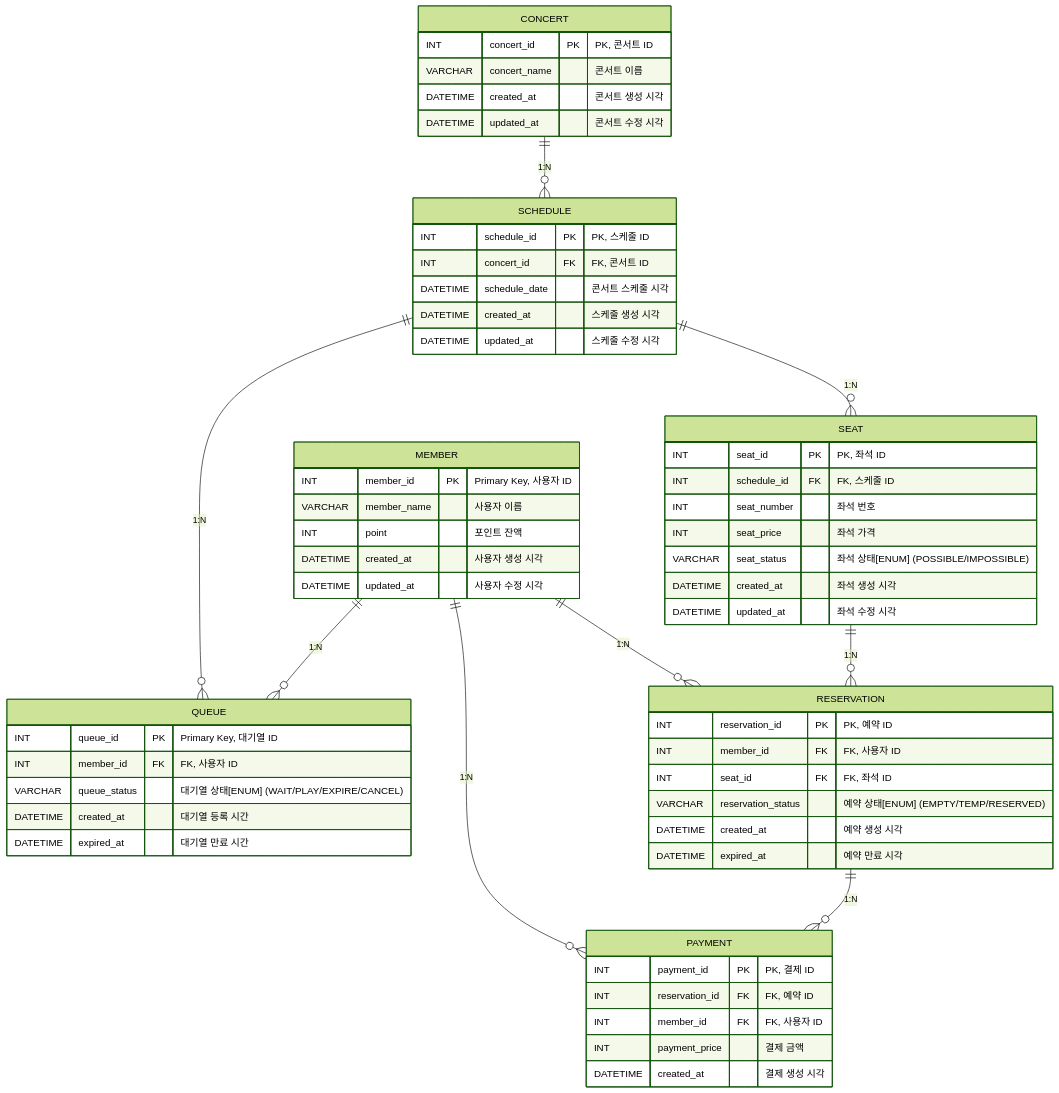
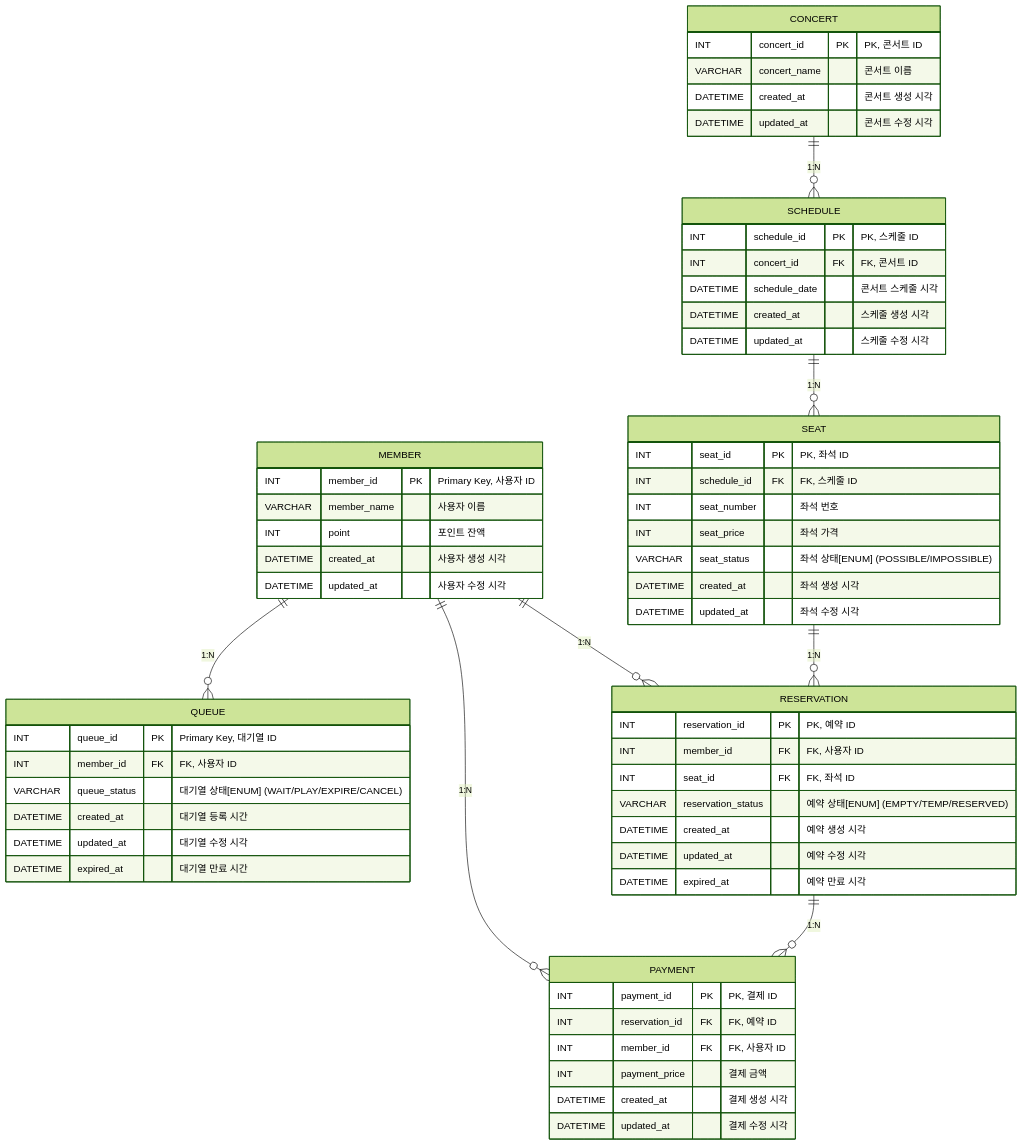
Before and after one commit to kimyezzang97/concert: the diagram in docs/erd/ERD.md, drawn with Mermaid.

Commit message:
docs: ERD 수정
- 스케줄 테이블 <-> 큐 테이블 연관 관계 해제

````diff
--- a/docs/erd/ERD.md
+++ b/docs/erd/ERD.md
@@ -1,66 +1,68 @@
 ```mermaid
 ---
 config:
   theme: forest
 ---
 erDiagram
     QUEUE {
         INT queue_id PK "Primary Key, 대기열 ID"
         INT member_id FK "FK, 사용자 ID"
         VARCHAR queue_status "대기열 상태[ENUM] (WAIT/PLAY/EXPIRE/CANCEL)"
         DATETIME created_at "대기열 등록 시간"
+        DATETIME updated_at "대기열 수정 시각"
         DATETIME expired_at "대기열 만료 시간"
     }
     MEMBER{
         INT member_id PK "Primary Key, 사용자 ID"
         VARCHAR member_name "사용자 이름"
         INT point "포인트 잔액"
         DATETIME created_at "사용자 생성 시각"
         DATETIME updated_at "사용자 수정 시각"
     }
     PAYMENT {
         INT payment_id PK "PK, 결제 ID"
         INT reservation_id FK "FK, 예약 ID"
         INT member_id FK "FK, 사용자 ID"
         INT payment_price "결제 금액"
         DATETIME created_at "결제 생성 시각"
+        DATETIME updated_at "결제 수정 시각"
     }
     RESERVATION {
         INT reservation_id PK "PK, 예약 ID"
         INT member_id FK "FK, 사용자 ID"
         INT seat_id FK "FK, 좌석 ID"
         VARCHAR reservation_status "예약 상태[ENUM] (EMPTY/TEMP/RESERVED)"
         DATETIME created_at "예약 생성 시각"
+        DATETIME updated_at "예약 수정 시각"
         DATETIME expired_at "예약 만료 시각"
     }
     SEAT {
         INT seat_id PK "PK, 좌석 ID"
         INT schedule_id FK "FK, 스케줄 ID"
         INT seat_number "좌석 번호"
         INT seat_price "좌석 가격"
         VARCHAR seat_status "좌석 상태[ENUM] (POSSIBLE/IMPOSSIBLE)"
         DATETIME created_at "좌석 생성 시각"
         DATETIME updated_at "좌석 수정 시각"
     }
     SCHEDULE {
         INT schedule_id PK "PK, 스케줄 ID"
         INT concert_id FK "FK, 콘서트 ID"
         DATETIME schedule_date "콘서트 스케줄 시각"
         DATETIME created_at "스케줄 생성 시각"
         DATETIME updated_at "스케줄 수정 시각"
     }
     CONCERT {
         INT concert_id PK "PK, 콘서트 ID"
         VARCHAR concert_name "콘서트 이름"
         DATETIME created_at "콘서트 생성 시각"
         DATETIME updated_at "콘서트 수정 시각"
     }
     CONCERT ||--o{ SCHEDULE : "1:N"
     SCHEDULE ||--o{ SEAT : "1:N"
     SEAT ||--o{ RESERVATION : "1:N"
     RESERVATION ||--o{ PAYMENT : "1:N"
     MEMBER ||--o{ PAYMENT : "1:N"
     MEMBER ||--o{ RESERVATION : "1:N"
     MEMBER  ||--o{ QUEUE : "1:N"
-    SCHEDULE  ||--o{ QUEUE : "1:N"
 ```
````
